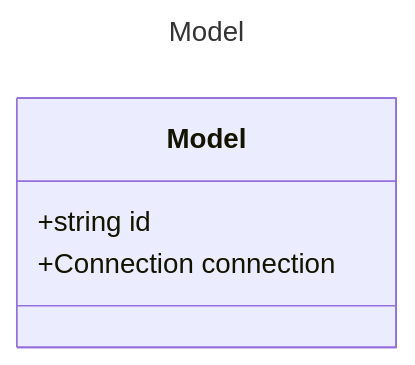
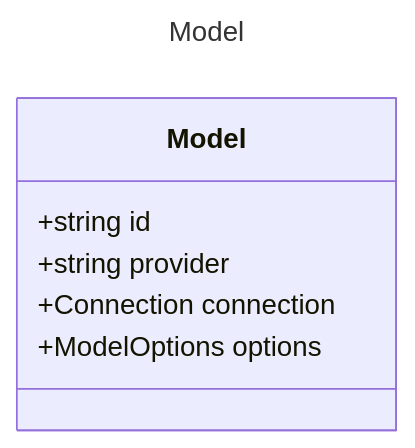
One commit to microsoft/prompty changed the diagram in specification/prompty/docs/Model.md. Above: the diagram before and after it, drawn with Mermaid. The commit also changed other lines of this file and 30 other files, not shown here.

````diff
--- a/specification/prompty/docs/Model.md
+++ b/specification/prompty/docs/Model.md
@@ -33,10 +33,12 @@
 ```mermaid
 ---
 title: Model
 ---
 classDiagram
     class Model {
         +string id
+        +string provider
         +Connection connection
+        +ModelOptions options
     }
 ```
````
